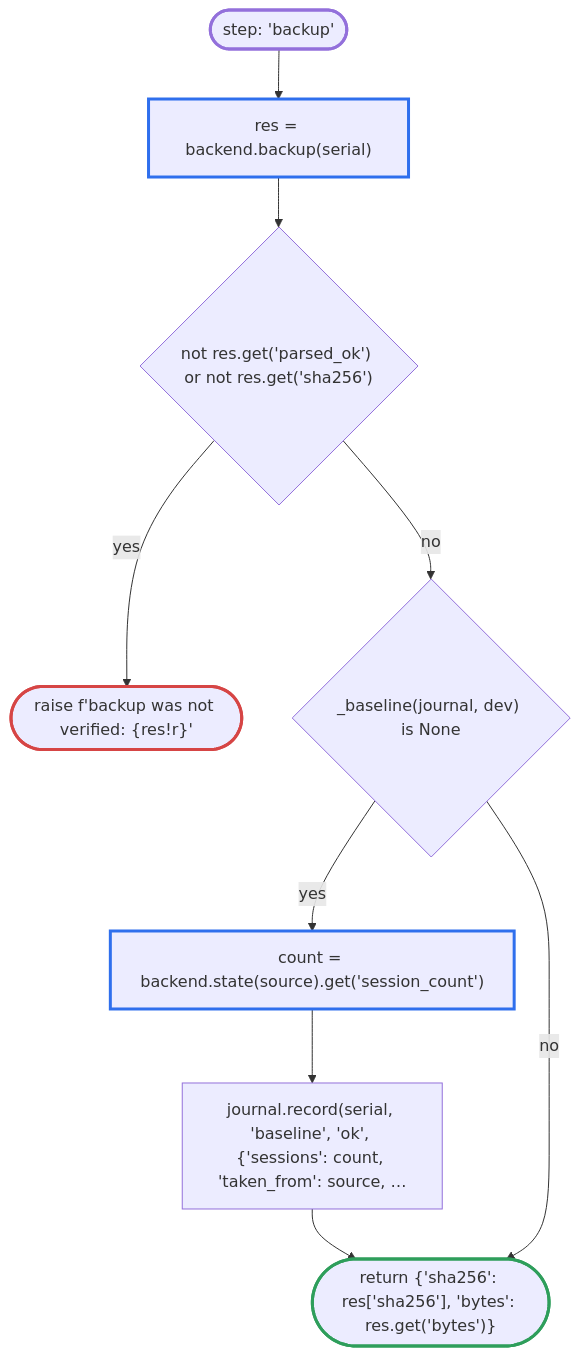
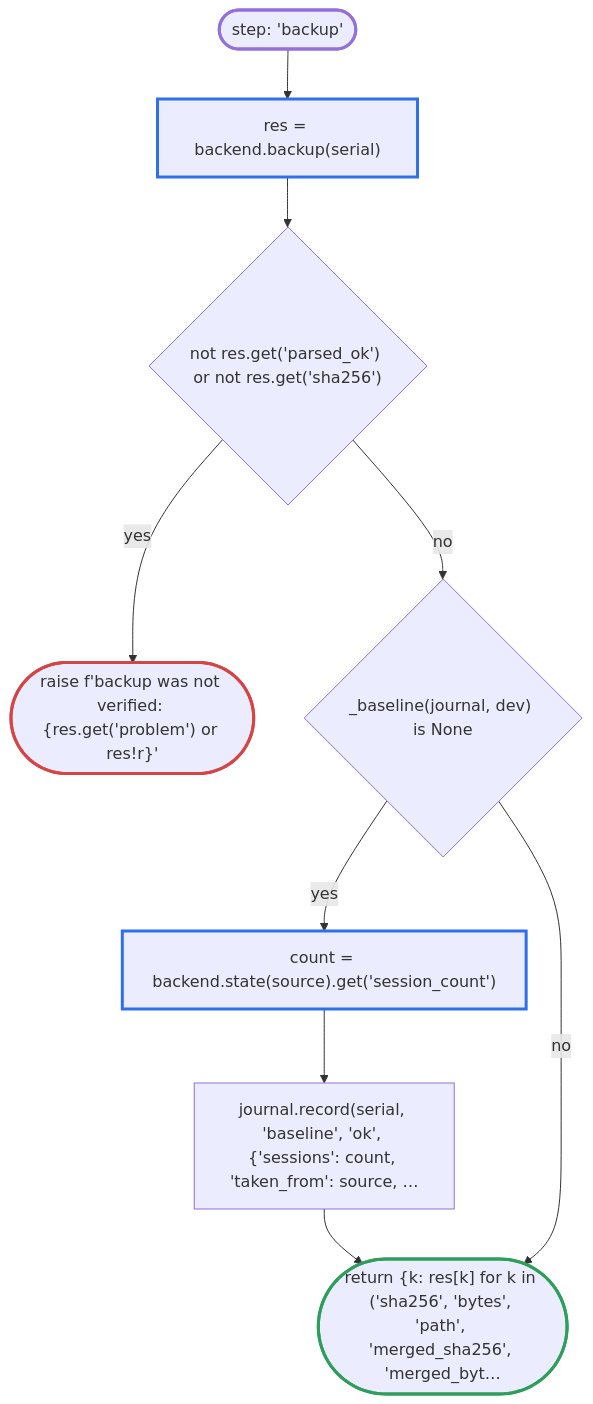
Before and after one commit to fettigcj/panUpgrade: the eighth of 22 diagrams in docs/flow/upgrade.md, drawn with Mermaid. The commit also changed other lines of this file and 6 other files, not shown here.

````diff
--- a/docs/flow/upgrade.md
+++ b/docs/flow/upgrade.md
@@ -319,29 +319,29 @@
 ```mermaid
 flowchart TD
     d2_1(["step: 'backup'"])
     d2_2["res = backend.backup(serial)"]
     d2_3{"not res.get('parsed_ok') or not res.get('sha256')"}
-    d2_4(["raise f'backup was not verified: {res!r}'"])
+    d2_4(["raise f'backup was not verified: {res.get('problem') or res!r}'"])
     d2_5{"_baseline(journal, dev) is None"}
     d2_6["count = backend.state(source).get('session_count')"]
     d2_7["journal.record(serial, 'baseline', 'ok', {'sessions': count, 'taken_from': source, …"]
-    d2_8(["return {'sha256': res['sha256'], 'bytes': res.get('bytes')}"])
+    d2_8(["return {k: res[k] for k in ('sha256', 'bytes', 'path', 'merged_sha256', 'merged_byt…"])
     d2_1 --> d2_2
     d2_2 --> d2_3
     d2_3 -->|yes| d2_4
     d2_3 -->|no| d2_5
     d2_5 -->|yes| d2_6
     d2_6 --> d2_7
     d2_7 --> d2_8
     d2_5 -->|no| d2_8
     classDef api stroke:#2f6fed,stroke-width:3px
     classDef refuse stroke:#d64545,stroke-width:3px
     classDef done stroke:#2e9e5b,stroke-width:3px
     classDef step stroke:#e0a020,stroke-width:3px
     classDef entry stroke-width:3px
     class d2_1 entry
     class d2_2 api
     class d2_4 refuse
     class d2_6 api
     class d2_8 done
 ```
````
